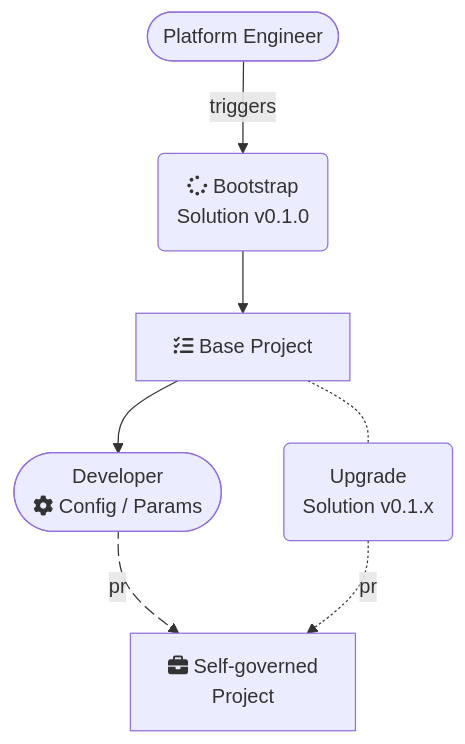
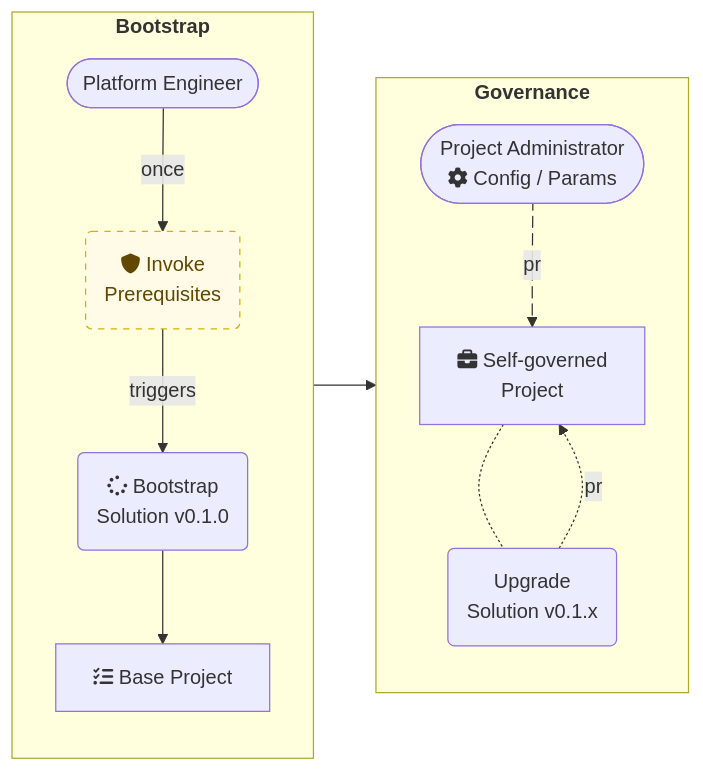
The diagram in bootstrap/overview.mmd (msc365/az-devops-governance), drawn with Mermaid before and after one commit. The commit also changed 2 other files, not shown here.

Commit message:
docs(architecture): Enhance Azure DevOps Bootstrap Design

```diff
--- a/bootstrap/overview.mmd
+++ b/bootstrap/overview.mmd
@@ -1,14 +1,25 @@
 ---
 version: 0.1.0
 author: Martin Swinkels
 config:
   theme: default
 ---
-flowchart TD
-    A([Platform Engineer]) -->|triggers| B(fa:fa-spinner Bootstrap</br>Solution v0.1.0)
-    B --> C[fa:fa-tasks Base Project]
-    C --> D([Developer</br>fa:fa-cog Config / Params])
-    C -.- E(Upgrade</br>Solution v0.1.x)
-    D e1@-.->|pr| F[fa:fa-briefcase Self-governed</br>Project]
-    e1@{ animate: true, animation: 'slow' }
-    E -.->|pr| F
+flowchart LR
+    subgraph phase1["`**Bootstrap**`"]
+        A([Platform Engineer]) -->|once| B(fa:fa-shield Invoke<br>Prerequisites)
+        B -->|triggers| C(fa:fa-spinner Bootstrap<br>Solution v0.1.0)
+        C --> D[fa:fa-tasks Base Project]
+    end
+
+    subgraph phase2["`**Governance**`"]
+        E([Project Administrator<br>fa:fa-cog Config / Params])
+        E e1@-.->|pr| F[fa:fa-briefcase Self-governed<br>Project]
+        e1@{ animate: true, animation: 'slow' }
+        F -.- G(Upgrade<br>Solution v0.1.x)
+        G -.->|pr| F
+    end
+
+    phase1 --> phase2
+
+    classDef optional fill:#fffbe6, stroke:#d4b106, stroke-dasharray:5 5, color:#614700
+    class B optional
```
